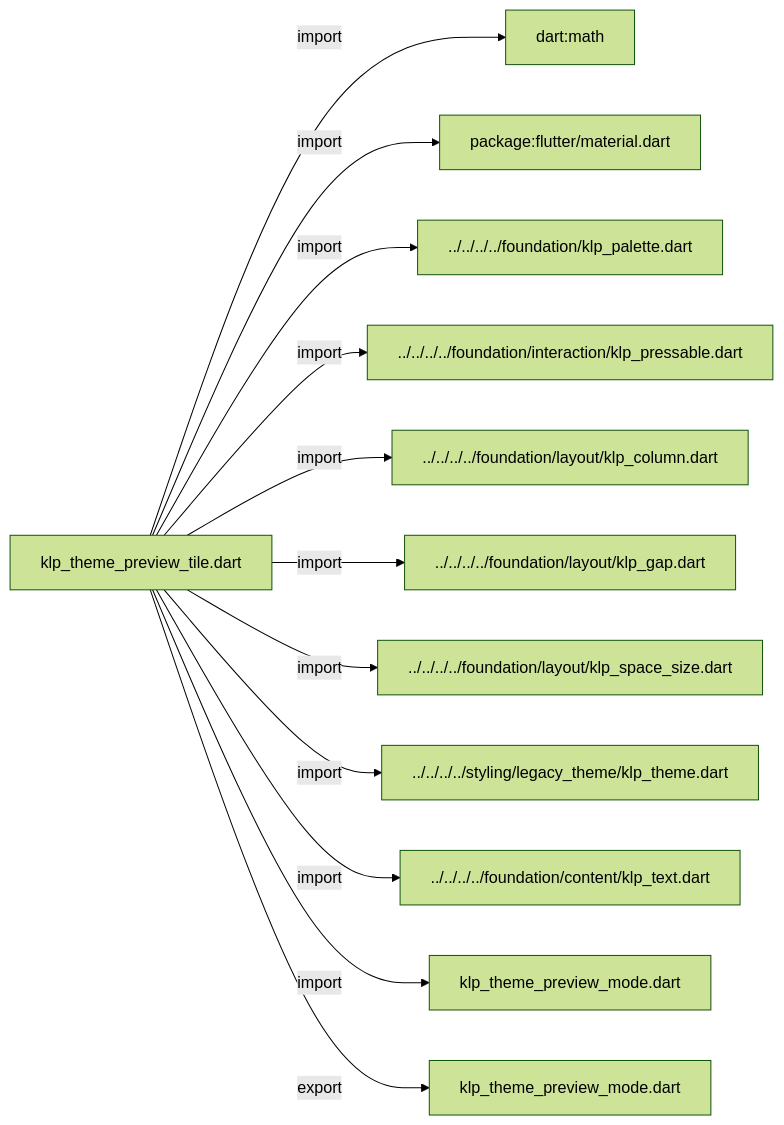
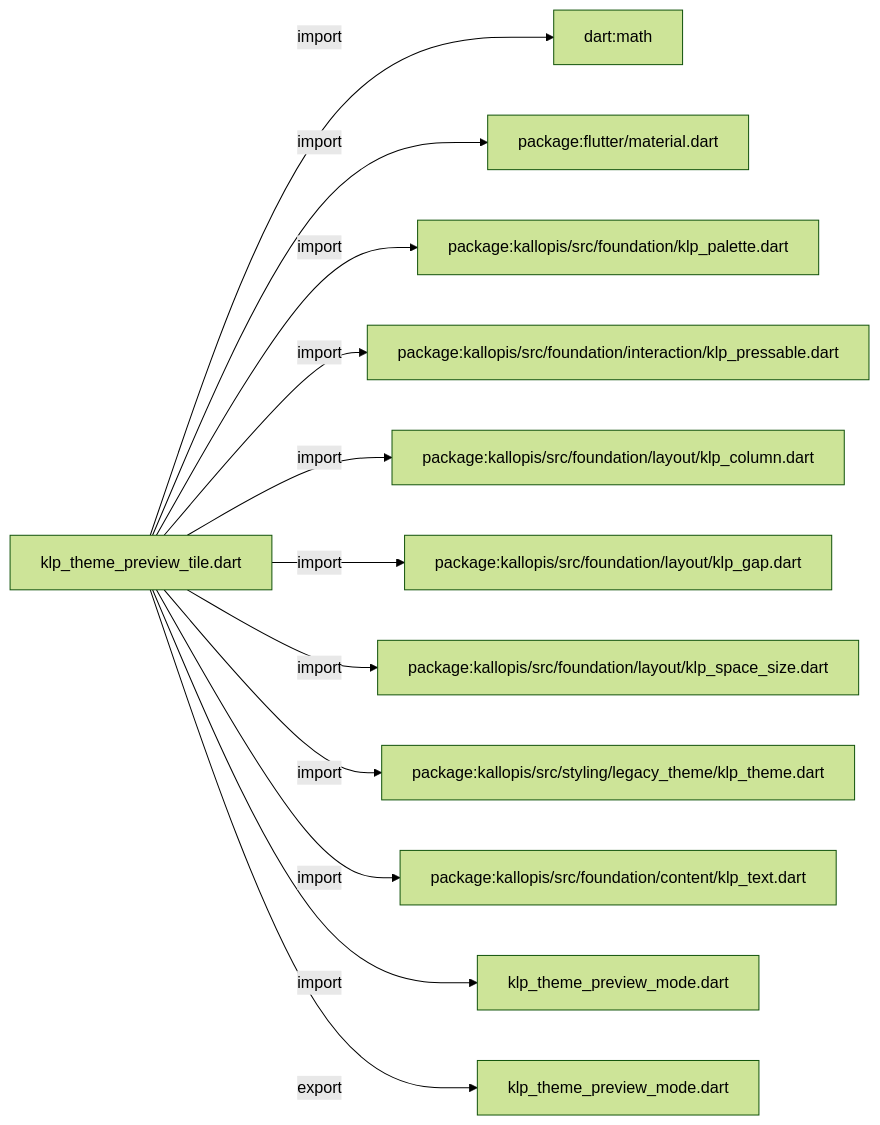
Before and after one commit to MiuDog/Kallopis: the first of 4 diagrams in docs/architecture/src/features/workspace/shell/theme/klp_theme_preview_tile.md, drawn with Mermaid (forest theme). The commit also changed other lines of this file and 9688 other files, not shown here.

Commit message:
Prepare isolated Flow F2 peer baseline

````diff
--- a/docs/architecture/src/features/workspace/shell/theme/klp_theme_preview_tile.md
+++ b/docs/architecture/src/features/workspace/shell/theme/klp_theme_preview_tile.md
@@ -11,26 +11,26 @@
 ```mermaid
 flowchart LR
 	n0["klp_theme_preview_tile.dart"]
 	n1["dart:math"]
 	n2["package:flutter/material.dart"]
-	n3["../../../../foundation/klp_palette.dart"]
-	n4["../../../../foundation/interaction/klp_pressable.dart"]
-	n5["../../../../foundation/layout/klp_column.dart"]
-	n6["../../../../foundation/layout/klp_gap.dart"]
-	n7["../../../../foundation/layout/klp_space_size.dart"]
-	n8["../../../../styling/legacy_theme/klp_theme.dart"]
-	n9["../../../../foundation/content/klp_text.dart"]
+	n3["package:kallopis/src/foundation/klp_palette.dart"]
+	n4["package:kallopis/src/foundation/interaction/klp_pressable.dart"]
+	n5["package:kallopis/src/foundation/layout/klp_column.dart"]
+	n6["package:kallopis/src/foundation/layout/klp_gap.dart"]
+	n7["package:kallopis/src/foundation/layout/klp_space_size.dart"]
+	n8["package:kallopis/src/styling/legacy_theme/klp_theme.dart"]
+	n9["package:kallopis/src/foundation/content/klp_text.dart"]
 	n10["klp_theme_preview_mode.dart"]
 	n11["klp_theme_preview_mode.dart"]
 	n0 -->|"import"| n1
 	n0 -->|"import"| n2
 	n0 -->|"import"| n3
 	n0 -->|"import"| n4
 	n0 -->|"import"| n5
 	n0 -->|"import"| n6
 	n0 -->|"import"| n7
 	n0 -->|"import"| n8
 	n0 -->|"import"| n9
 	n0 -->|"import"| n10
 	n0 -->|"export"| n11
 ```
````
